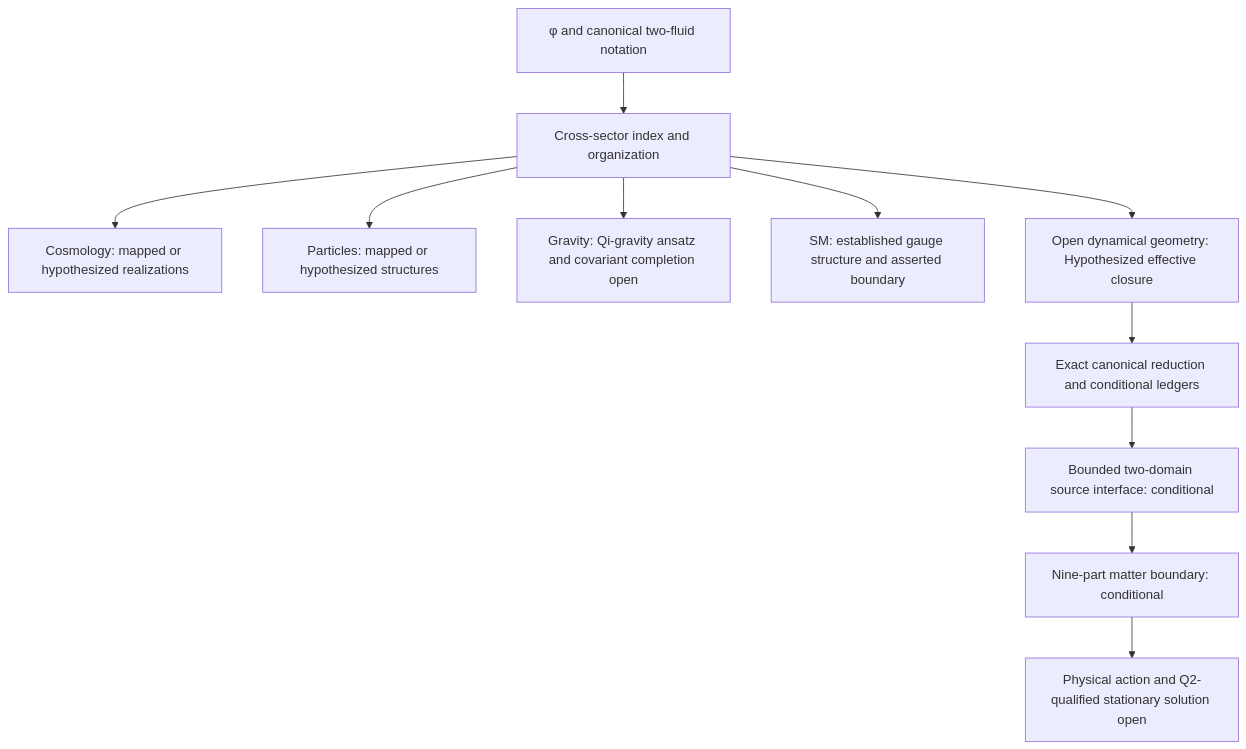
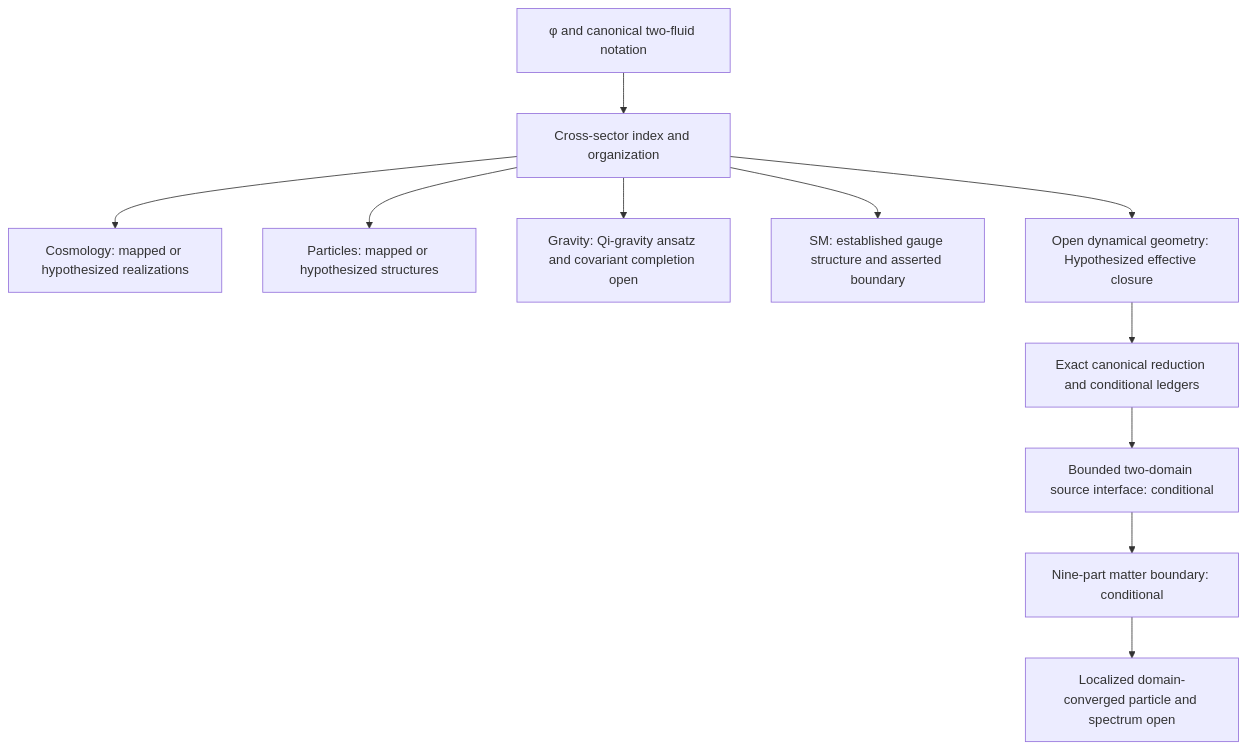
Diagram 28 of 37 in CassiTheory/open-questions-cassi-answers.md (CassiTheOracle/cassi), drawn with Mermaid before and after one commit. The commit also changed other lines of this file and 20 other files, not shown here.

Commit message:
docs: record Q2-qualified particle background

````diff
--- a/CassiTheory/open-questions-cassi-answers.md
+++ b/CassiTheory/open-questions-cassi-answers.md
@@ -1124,13 +1128,13 @@
 ```mermaid
 flowchart TD
     A[φ and canonical two-fluid notation] --> B[Cross-sector index and organization]
     B --> C[Cosmology: mapped or hypothesized realizations]
     B --> D[Particles: mapped or hypothesized structures]
     B --> E[Gravity: Qi-gravity ansatz and covariant completion open]
     B --> F[SM: established gauge structure and asserted boundary]
     B --> H[Open dynamical geometry: Hypothesized effective closure]
     H --> I[Exact canonical reduction and conditional ledgers]
     I --> J[Bounded two-domain source interface: conditional]
     J --> K[Nine-part matter boundary: conditional]
-    K --> G[Physical action and Q2-qualified stationary solution open]
+    K --> G[Localized domain-converged particle and spectrum open]
 ```
````
